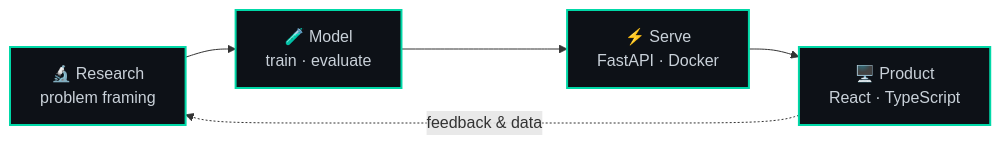
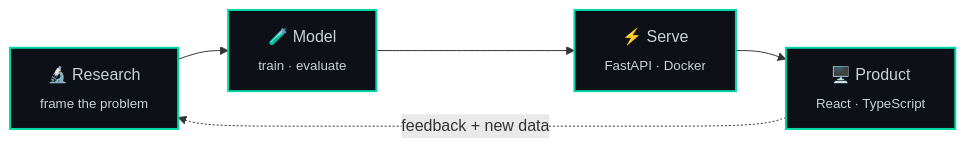
One commit to hasan-sakib/Hasan-Sakib changed the diagram in README.md. Above: the diagram before and after it, drawn with Mermaid. The commit also changed other lines of this file, not shown here.

````diff
--- a/README.md
+++ b/README.md
@@ -70,10 +73,10 @@
 ```mermaid
 flowchart LR
-    A["🔬 Research<br/>problem framing"] --> B["🧪 Model<br/>train · evaluate"]
-    B --> C["⚡ Serve<br/>FastAPI · Docker"]
-    C --> D["🖥️ Product<br/>React · TypeScript"]
-    D -. "feedback & data" .-> A
+    A["🔬 Research<br/><sub>frame the problem</sub>"] --> B["🧪 Model<br/><sub>train · evaluate</sub>"]
+    B --> C["⚡ Serve<br/><sub>FastAPI · Docker</sub>"]
+    C --> D["🖥️ Product<br/><sub>React · TypeScript</sub>"]
+    D -. "feedback + new data" .-> A
 
-    classDef node fill:#0D1117,stroke:#00D8A7,stroke-width:2px,color:#C9D1D9;
-    class A,B,C,D node;
+    classDef n fill:#0D1117,stroke:#00D8A7,stroke-width:2px,color:#C9D1D9;
+    class A,B,C,D n;
 ```
````
